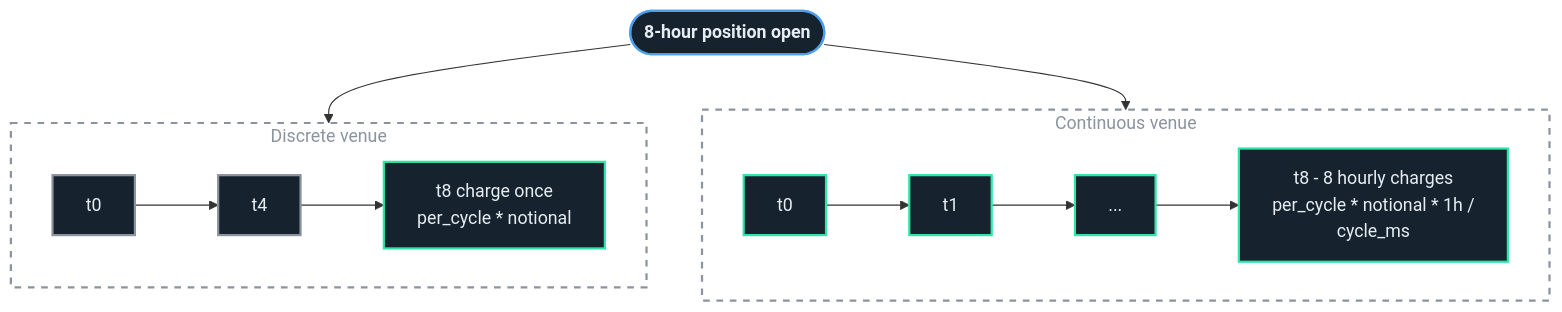
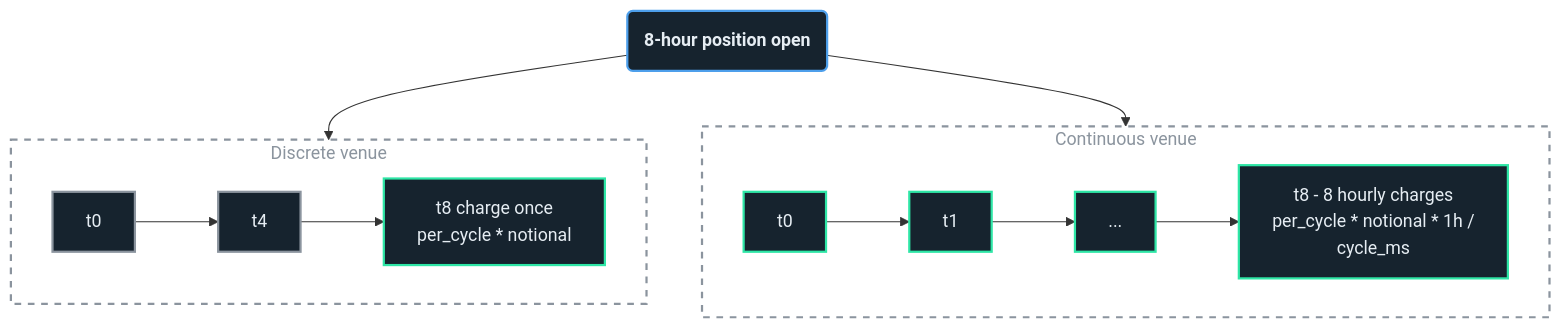
The diagram in dev/diagrams/204649.mmd (atOCEANO/exchange-router), drawn with Mermaid before and after one commit. The commit also changed 11 other files, not shown here.

```diff
--- a/dev/diagrams/204649.mmd
+++ b/dev/diagrams/204649.mmd
@@ -1,29 +1,29 @@
 flowchart TD
-    O(["<b>8-hour position open</b>"])
+    O("<b>8-hour position open</b>")
 
     subgraph DV["Discrete venue"]
         D0["t0"] --> D4["t4"] --> D8["t8 charge once<br/>per_cycle * notional"]
     end
 
     subgraph CV["Continuous venue"]
         C0["t0"] --> C1["t1"] --> CE["..."] --> C8["t8 - 8 hourly charges<br/>per_cycle * notional * 1h /<br/>cycle_ms"]
     end
 
     O --> DV
     O --> CV
 
     classDef entry fill:#16232e,stroke:#4d9feb,stroke-width:2px,color:#e6edf3
     classDef stage fill:#16232e,stroke:#2ee6a6,stroke-width:2px,color:#e6edf3
     %% the sample points a discrete venue passes through are charged nothing, so
     %% they are grey where the continuous venue's are live and teal. that contrast
     %% is the whole diagram, and it is the one thing not to normalise away
     classDef idle fill:#16232e,stroke:#8b949e,stroke-width:2px,color:#e6edf3
     class O entry
     class C0,C1,CE,C8,D8 stage
     class D0,D4 idle
 
     %% the venue frames are scenery rather than nodes, so they are dashed and grey.
     %% left to the theme they come out an opaque brown: mermaid derives a cluster
     %% background from the palette, and this palette only names a few colours
     classDef frame fill:transparent,stroke:#8b949e,stroke-width:2px,stroke-dasharray:6 6,color:#8b949e
     class DV,CV frame
```
